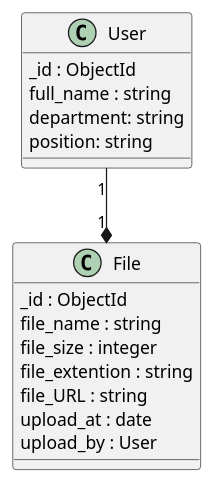
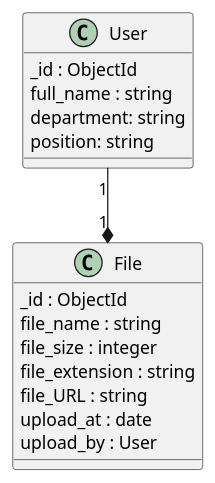
One commit to ElenaRomanenkoElena/SYSTEM_ANALITICS changed the diagram in Mongodb.puml. Above: the diagram before and after it, drawn with PlantUML.

```diff
--- a/Mongodb.puml
+++ b/Mongodb.puml
@@ -1,29 +1,29 @@
 @startuml
 
 
 
 skinparam linetype ortho
 
 
 class User {
     _id : ObjectId
     full_name : string
     department: string
     position: string
     
 }
 
 class File {
     _id : ObjectId
     file_name : string
     file_size : integer
-    file_extention : string
+    file_extension : string
     file_URL : string
     upload_at : date
     upload_by : User
 }
 
 
 User "1" --* "1"  File 
 
 @enduml
```
